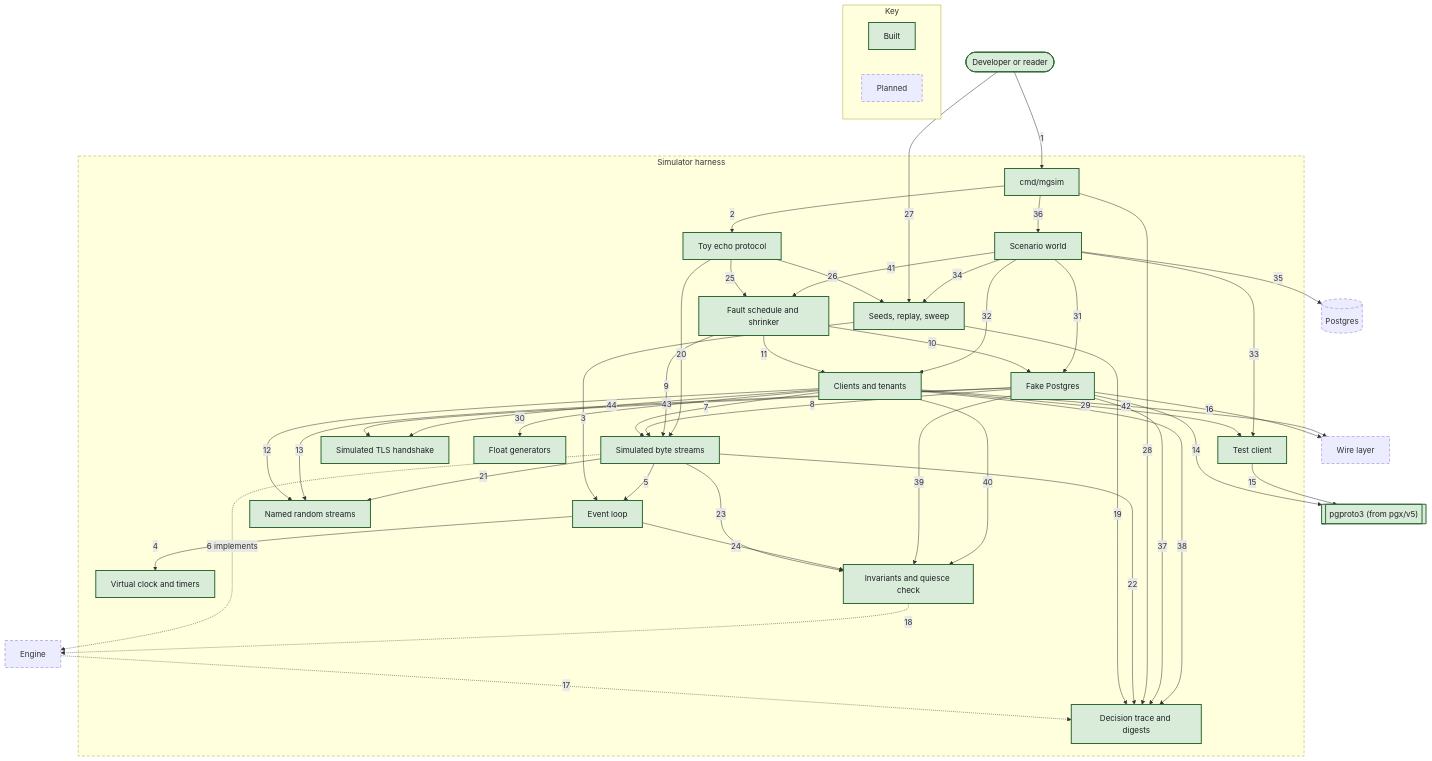
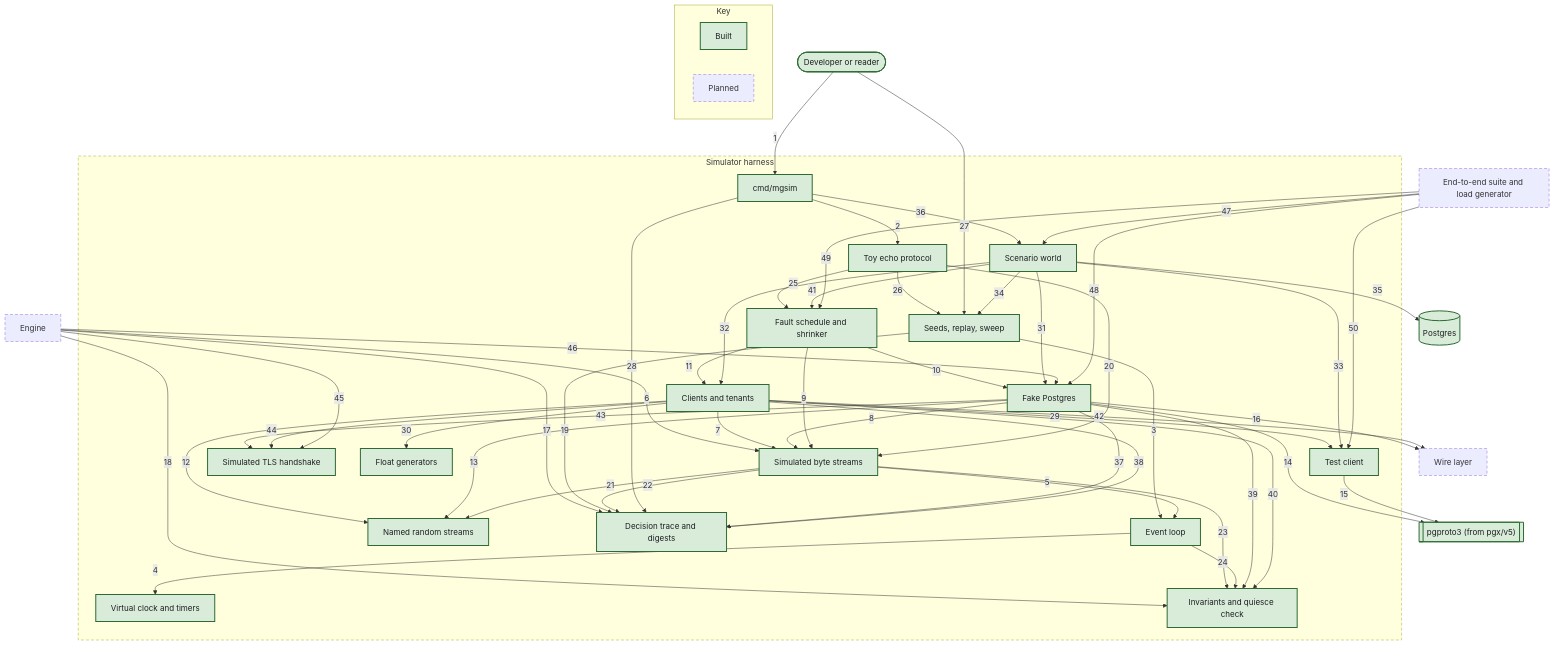
One commit to nickstrad/mini-gateway changed the diagram in docs/c4/diagrams/11-component-simulator.mmd. Above: the diagram before and after it, drawn with Mermaid. The commit also changed 21 other files, not shown here.

Commit message:
c4: mark chunk 6 built (walking skeleton: engine, shell, config, e2e) and bring the engine, container, simulator and observability diagrams up to date

```diff
--- a/docs/c4/diagrams/11-component-simulator.mmd
+++ b/docs/c4/diagrams/11-component-simulator.mmd
@@ -1,75 +1,82 @@
 flowchart TB
   DEVELOPER(["Developer or reader"]):::built
   N_ENGINE["Engine"]:::planned
+  N_E2E["End-to-end suite and load generator"]:::planned
   N_PGWIRE["Wire layer"]:::planned
   PGPROTO3[["pgproto3 (from pgx/v5)"]]:::built
-  PG[("Postgres")]:::planned
+  PG[("Postgres")]:::built
   subgraph SCOPE["Simulator harness"]
     S_LOOP["Event loop"]:::built
     S_CLOCK["Virtual clock and timers"]:::built
     S_STREAMS["Named random streams"]:::built
     S_NET["Simulated byte streams"]:::built
     S_FAKEPG["Fake Postgres"]:::built
     S_WORKLOAD["Clients and tenants"]:::built
     S_TESTCLIENT["Test client"]:::built
     S_SIMTLS["Simulated TLS handshake"]:::built
     S_RANDDIST["Float generators"]:::built
     S_WORLD["Scenario world"]:::built
     S_FAULTS["Fault schedule and shrinker"]:::built
     S_TRACE["Decision trace and digests"]:::built
     S_INV["Invariants and quiesce check"]:::built
     S_SIMTEST["Seeds, replay, sweep"]:::built
     S_CLI["cmd/mgsim"]:::built
     S_TOY["Toy echo protocol"]:::built
   end
   DEVELOPER -->|1| S_CLI
   S_CLI -->|2| S_TOY
   S_SIMTEST -->|3| S_LOOP
   S_LOOP -->|4| S_CLOCK
   S_NET -->|5| S_LOOP
-  S_NET -.->|6 implements| N_ENGINE
+  N_ENGINE -->|6| S_NET
   S_WORKLOAD -->|7| S_NET
   S_FAKEPG -->|8| S_NET
   S_FAULTS -->|9| S_NET
   S_FAULTS -->|10| S_FAKEPG
   S_FAULTS -->|11| S_WORKLOAD
   S_WORKLOAD -->|12| S_STREAMS
   S_FAKEPG -->|13| S_STREAMS
   S_FAKEPG -->|14| PGPROTO3
   S_TESTCLIENT -->|15| PGPROTO3
   S_FAKEPG -->|16| N_PGWIRE
-  N_ENGINE -.->|17| S_TRACE
-  S_INV -.->|18| N_ENGINE
+  N_ENGINE -->|17| S_TRACE
+  N_ENGINE -->|18| S_INV
   S_SIMTEST -->|19| S_TRACE
   S_TOY -->|20| S_NET
   S_NET -->|21| S_STREAMS
   S_NET -->|22| S_TRACE
   S_NET -->|23| S_INV
   S_LOOP -->|24| S_INV
   S_TOY -->|25| S_FAULTS
   S_TOY -->|26| S_SIMTEST
   DEVELOPER -->|27| S_SIMTEST
   S_CLI -->|28| S_TRACE
   S_WORKLOAD -->|29| S_TESTCLIENT
   S_WORKLOAD -->|30| S_RANDDIST
   S_WORLD -->|31| S_FAKEPG
   S_WORLD -->|32| S_WORKLOAD
   S_WORLD -->|33| S_TESTCLIENT
   S_WORLD -->|34| S_SIMTEST
   S_WORLD -->|35| PG
   S_CLI -->|36| S_WORLD
   S_FAKEPG -->|37| S_TRACE
   S_WORKLOAD -->|38| S_TRACE
   S_FAKEPG -->|39| S_INV
   S_WORKLOAD -->|40| S_INV
   S_WORLD -->|41| S_FAULTS
   S_WORKLOAD -->|42| N_PGWIRE
   S_FAKEPG -->|43| S_SIMTLS
   S_WORKLOAD -->|44| S_SIMTLS
+  N_ENGINE -->|45| S_SIMTLS
+  N_ENGINE -->|46| S_FAKEPG
+  N_E2E -->|47| S_WORLD
+  N_E2E -->|48| S_FAKEPG
+  N_E2E -->|49| S_FAULTS
+  N_E2E -->|50| S_TESTCLIENT
   subgraph KEY["Key"]
     KEY_BUILT["Built"]:::built
     KEY_PLANNED["Planned"]:::planned
   end
   classDef built fill:#d9ecd9,stroke:#2e6b34,stroke-width:2px,color:#1c1e21
   classDef planned stroke-width:1px,stroke-dasharray:6 4
   style SCOPE stroke-dasharray:6 4
```
